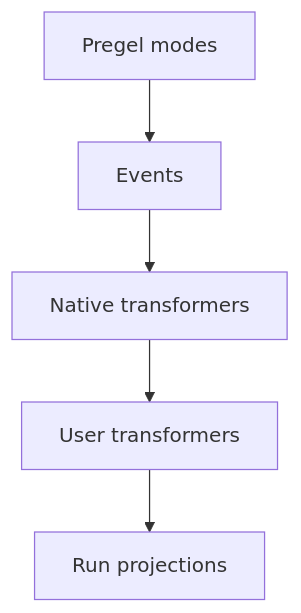
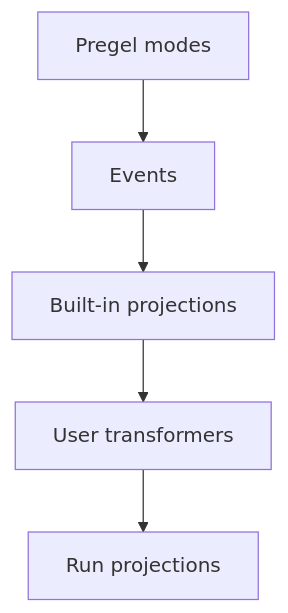
Before and after one commit to Dustin4444/docs-14: the diagram in src/oss/langgraph/streaming/custom-transformers.mdx, drawn with Mermaid. The commit also changed other lines of this file and 19 other files, not shown here.

````diff
--- a/src/oss/langgraph/streaming/custom-transformers.mdx
+++ b/src/oss/langgraph/streaming/custom-transformers.mdx
@@ -12,7 +12,7 @@
 ```mermaid
 flowchart TD
     A[Pregel modes] --> B[Events]
-    B --> C[Native transformers]
+    B --> C[Built-in projections]
     C --> D[User transformers]
     D --> E[Run projections]
 ```
````
